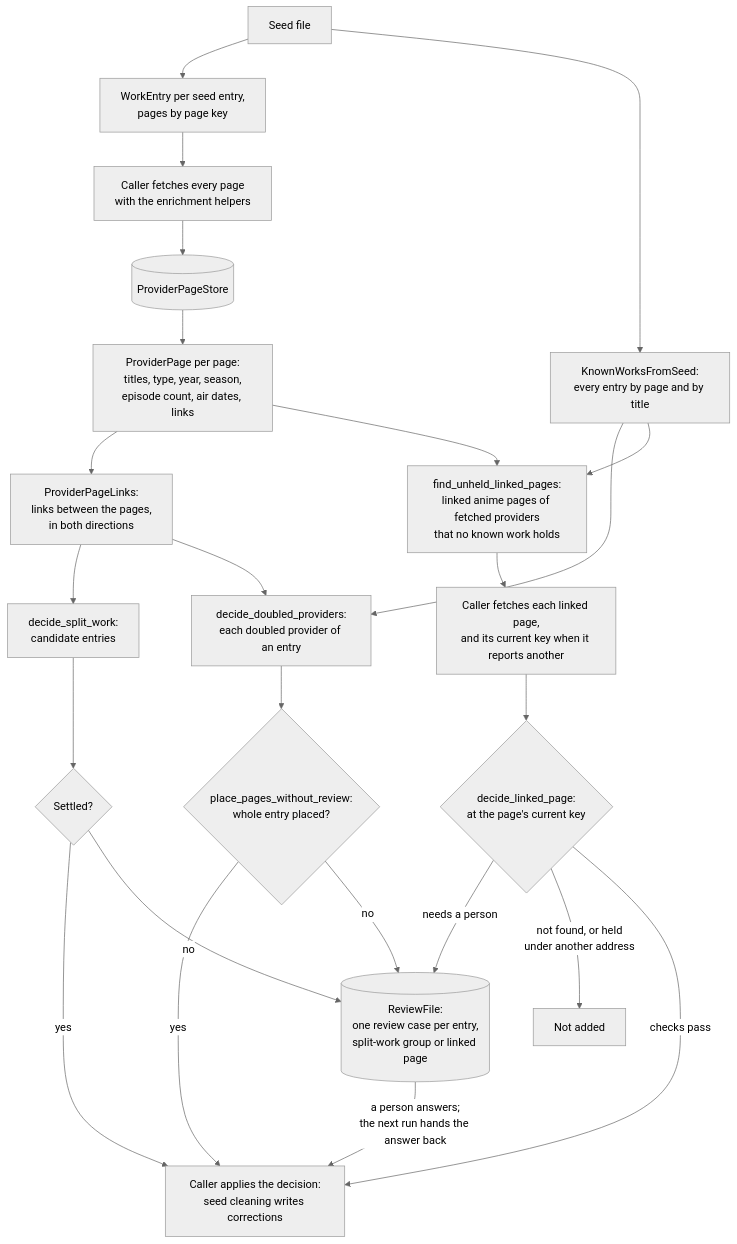
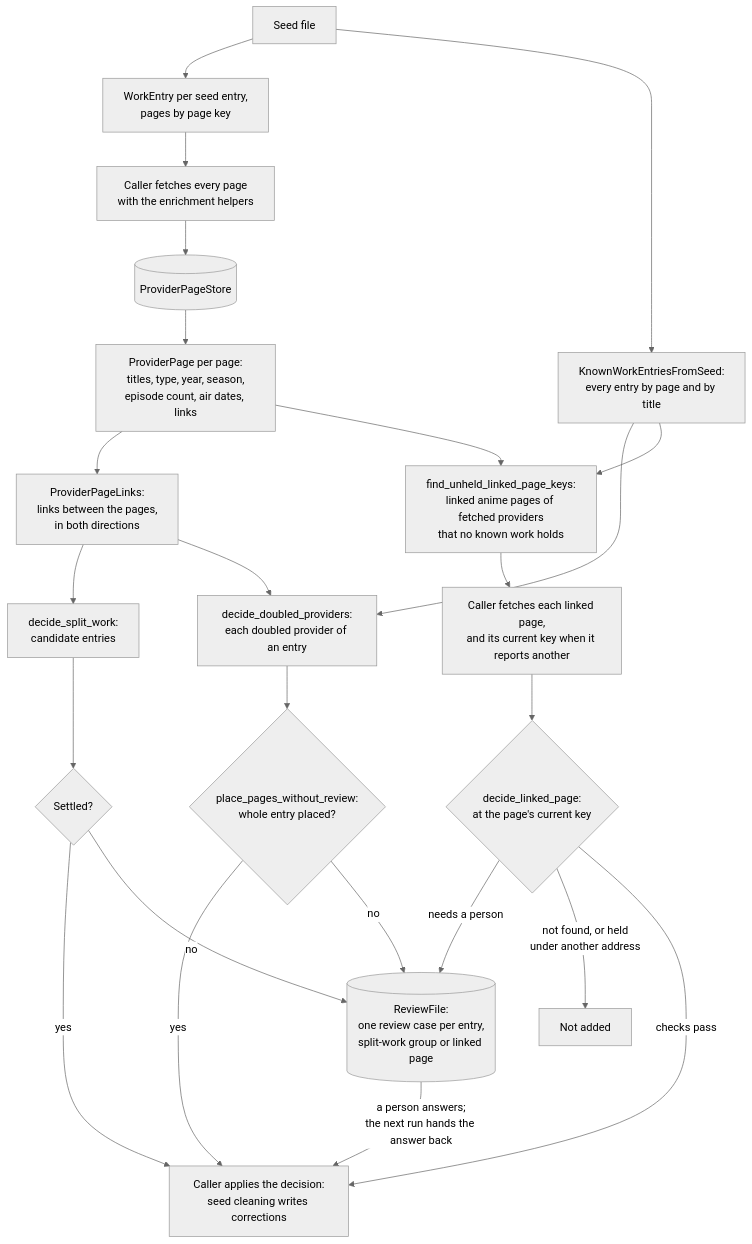
One commit to adnanaq/echora changed the first of 3 diagrams in libs/work_matching/README.md. Above: the diagram before and after it, drawn with Mermaid (neutral theme). The commit also changed other lines of this file and 44 other files, not shown here.

````diff
--- a/libs/work_matching/README.md
+++ b/libs/work_matching/README.md
@@ -56,26 +56,26 @@
 ```mermaid
 flowchart TD
     seed[Seed file] --> entries[WorkEntry per seed entry,<br/>pages by page key]
-    seed --> known[KnownWorksFromSeed:<br/>every entry by page and by title]
+    seed --> known[KnownWorkEntriesFromSeed:<br/>every entry by page and by title]
     entries --> fetch[Caller fetches every page<br/>with the enrichment helpers]
     fetch --> store[(ProviderPageStore)]
     store --> pages[ProviderPage per page:<br/>titles, type, year, season,<br/>episode count, air dates, links]
     pages --> links[ProviderPageLinks:<br/>links between the pages,<br/>in both directions]
     links --> split[decide_split_work:<br/>candidate entries]
     links --> doubled[decide_doubled_providers:<br/>each doubled provider of an entry]
     known --> doubled
     doubled --> placed{place_pages_without_review:<br/>whole entry placed?}
     placed -- yes --> caller[Caller applies the decision:<br/>seed cleaning writes corrections]
     placed -- no --> review[(ReviewFile:<br/>one review case per entry,<br/>split-work group or linked page)]
     split --> settled{Settled?}
     settled -- yes --> caller
     settled -- no --> review
-    pages --> unheld[find_unheld_linked_pages:<br/>linked anime pages of fetched providers<br/>that no known work holds]
+    pages --> unheld[find_unheld_linked_page_keys:<br/>linked anime pages of fetched providers<br/>that no known work holds]
     known --> unheld
     unheld --> fetchlinked[Caller fetches each linked page,<br/>and its current key when it reports another]
     fetchlinked --> linked{decide_linked_page:<br/>at the page's current key}
     linked -- needs a person --> review
     linked -- "not found, or held<br/>under another address" --> skipped[Not added]
     linked -- checks pass --> caller
     review -- "a person answers;<br/>the next run hands the answer back" --> caller
 ```
````
